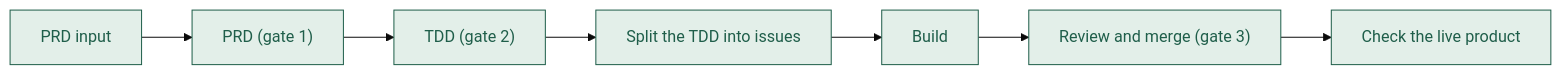
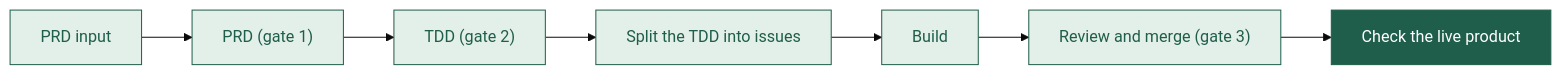
The diagram in docs/MAP.md (hornof/sketch-gallery), drawn with Mermaid (base theme) before and after one commit.

Commit message:
Map: the last stage, checking the live product, is the current one (#21)

````diff
--- a/docs/MAP.md
+++ b/docs/MAP.md
@@ -9,7 +9,7 @@
 ```mermaid
 flowchart LR
-  s1["PRD input"]:::done --> s2["PRD (gate 1)"]:::done --> s3["TDD (gate 2)"]:::done --> s4["Split the TDD into issues"]:::done --> s5["Build"]:::done --> s6["Review and merge (gate 3)"]:::done --> s7["Check the live product"]:::done
+  s1["PRD input"]:::done --> s2["PRD (gate 1)"]:::done --> s3["TDD (gate 2)"]:::done --> s4["Split the TDD into issues"]:::done --> s5["Build"]:::done --> s6["Review and merge (gate 3)"]:::done --> s7["Check the live product"]:::now
   classDef done fill:#E3EFE9,stroke:#1F5E4A,color:#1F5E4A
   classDef now fill:#1F5E4A,stroke:#1F5E4A,color:#FFFFFF
   classDef next fill:#FFFFFF,stroke:#BBB6AC,color:#55524B
 ```
````
